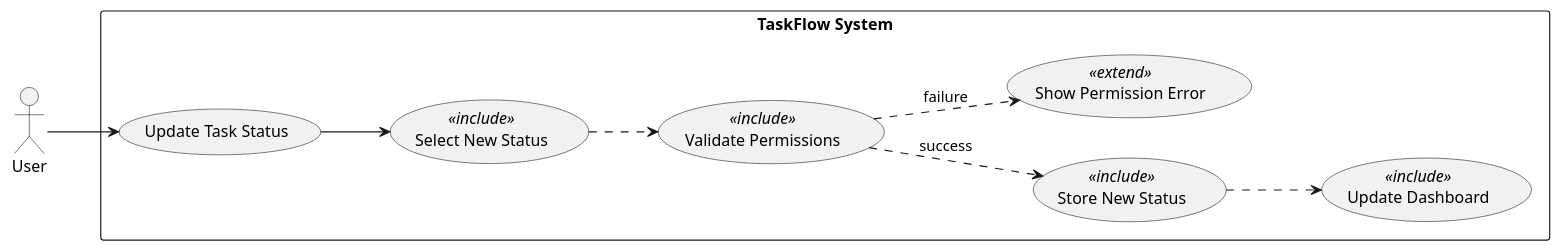
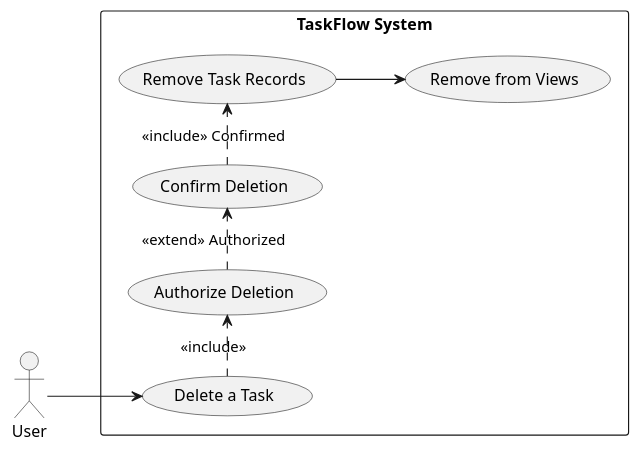
Before and after one commit to Chaman532003/framework: the sixth of 8 diagrams in artifacts/spec/spec.md, drawn with PlantUML. The commit also changed other lines of this file, not shown here.

````diff
--- a/artifacts/spec/spec.md
+++ b/artifacts/spec/spec.md
@@ -418,25 +506,22 @@
 ```plantuml
 @startuml
 left to right direction
 skinparam packageStyle rectangle
 
 actor User
 
 rectangle "TaskFlow System" {
-  usecase (Update Task Status) as UC5_1
-  usecase (Select New Status) as UC5_2 <<include>>
-  usecase (Validate Permissions) as UC5_3 <<include>>
-  usecase (Store New Status) as UC5_4 <<include>>
-  usecase (Update Dashboard) as UC5_5 <<include>>
-  usecase (Show Permission Error) as UC5_6 <<extend>>
+  usecase (Delete a Task) as UC7
+  usecase (Authorize Deletion) as UC7a
+  usecase (Confirm Deletion) as UC7b
+  usecase (Remove Task Records) as UC7c
+  usecase (Remove from Views) as UC7d
 }
 
-User --> UC5_1
-UC5_1 --> UC5_2
-UC5_2 ..> UC5_3
-UC5_3 ..> UC5_4 : success
-UC5_3 ..> UC5_6 : failure
-UC5_4 ..> UC5_5
-
+User --> UC7
+UC7 .> UC7a : <<include>>
+UC7a .> UC7b : <<extend>> Authorized
+UC7b .> UC7c : <<include>> Confirmed
+UC7c --> UC7d
 @enduml
 ```
````
